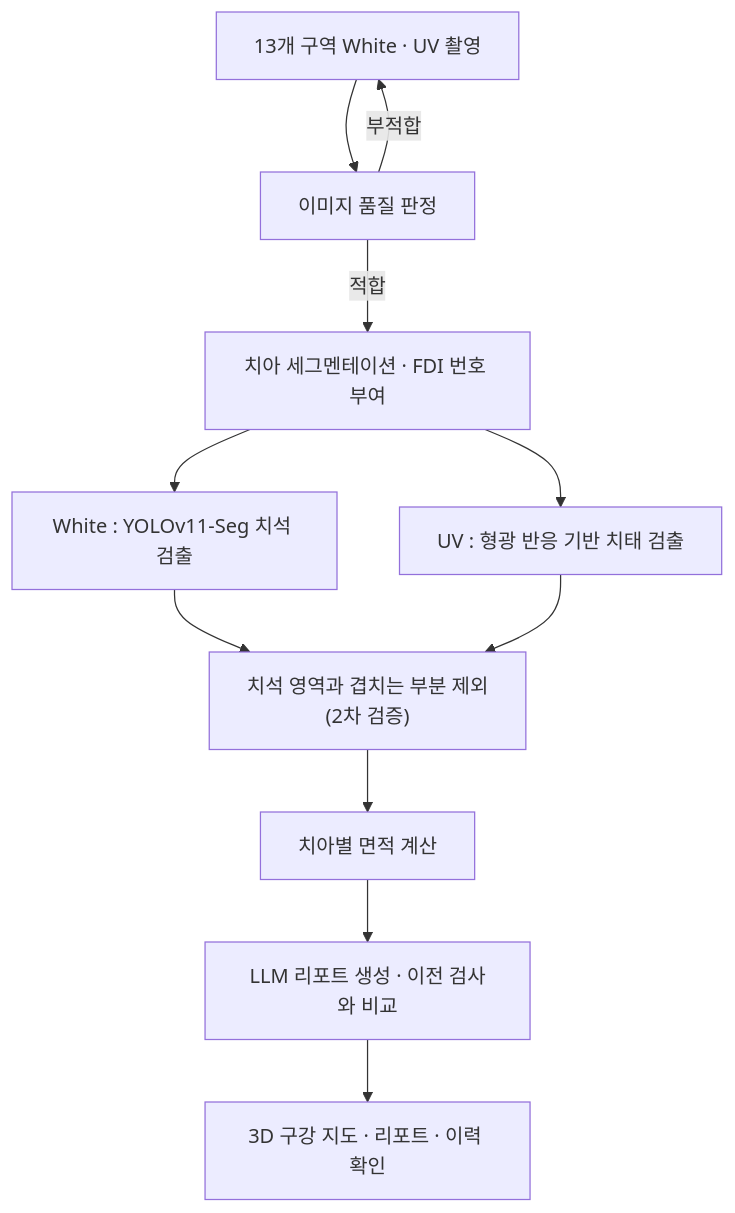
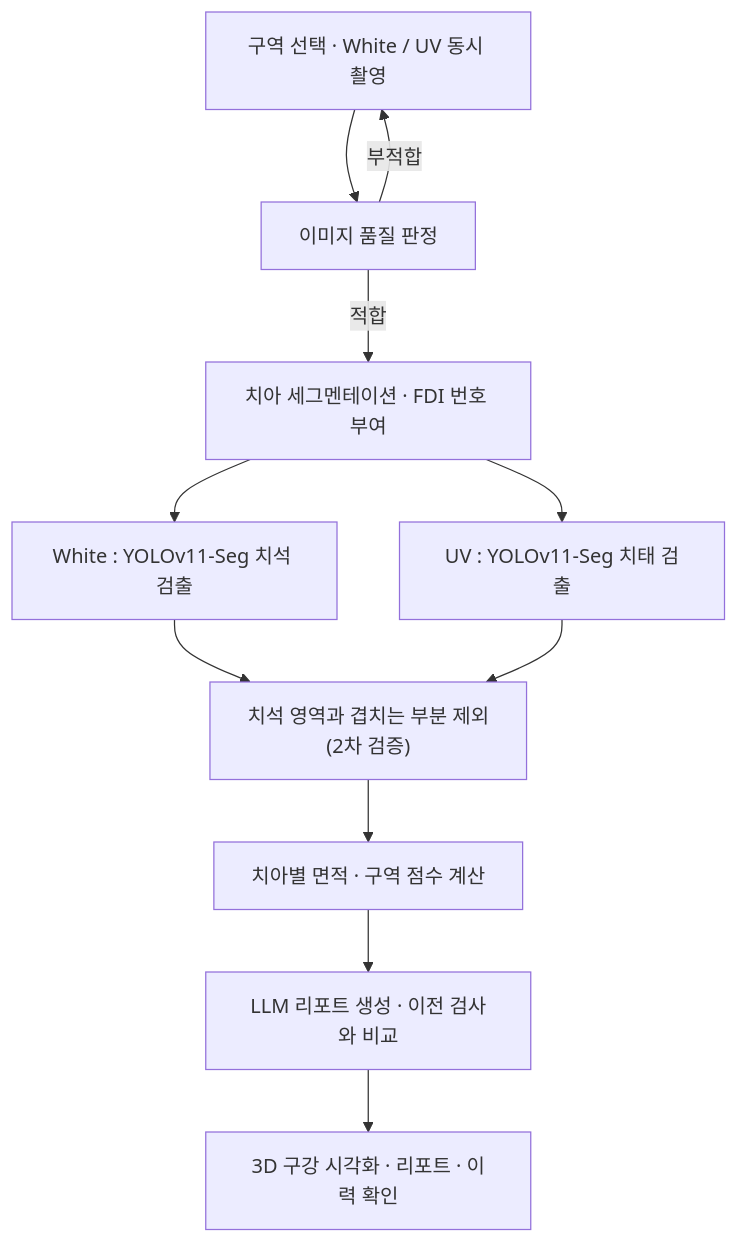
The second of 2 diagrams in profile/README.md (HabiTooth/.github), drawn with Mermaid before and after one commit. The commit also changed other lines of this file, not shown here.

````diff
--- a/profile/README.md
+++ b/profile/README.md
@@ -116,13 +740,13 @@
 ```mermaid
 flowchart TD
-    A["13개 구역 White · UV 촬영"] --> B["이미지 품질 판정"]
+    A["구역 선택 · White / UV 동시 촬영"] --> B["이미지 품질 판정"]
     B -- 부적합 --> A
     B -- 적합 --> C["치아 세그멘테이션 · FDI 번호 부여"]
     C --> E["White : YOLOv11-Seg 치석 검출"]
-    C --> F["UV : 형광 반응 기반 치태 검출"]
+    C --> F["UV : YOLOv11-Seg 치태 검출"]
     E --> G["치석 영역과 겹치는 부분 제외<br/>(2차 검증)"]
     F --> G
-    G --> H["치아별 면적 계산"]
+    G --> H["치아별 면적 · 구역 점수 계산"]
     H --> I["LLM 리포트 생성 · 이전 검사와 비교"]
-    I --> J["3D 구강 지도 · 리포트 · 이력 확인"]
+    I --> J["3D 구강 시각화 · 리포트 · 이력 확인"]
 ```
````
